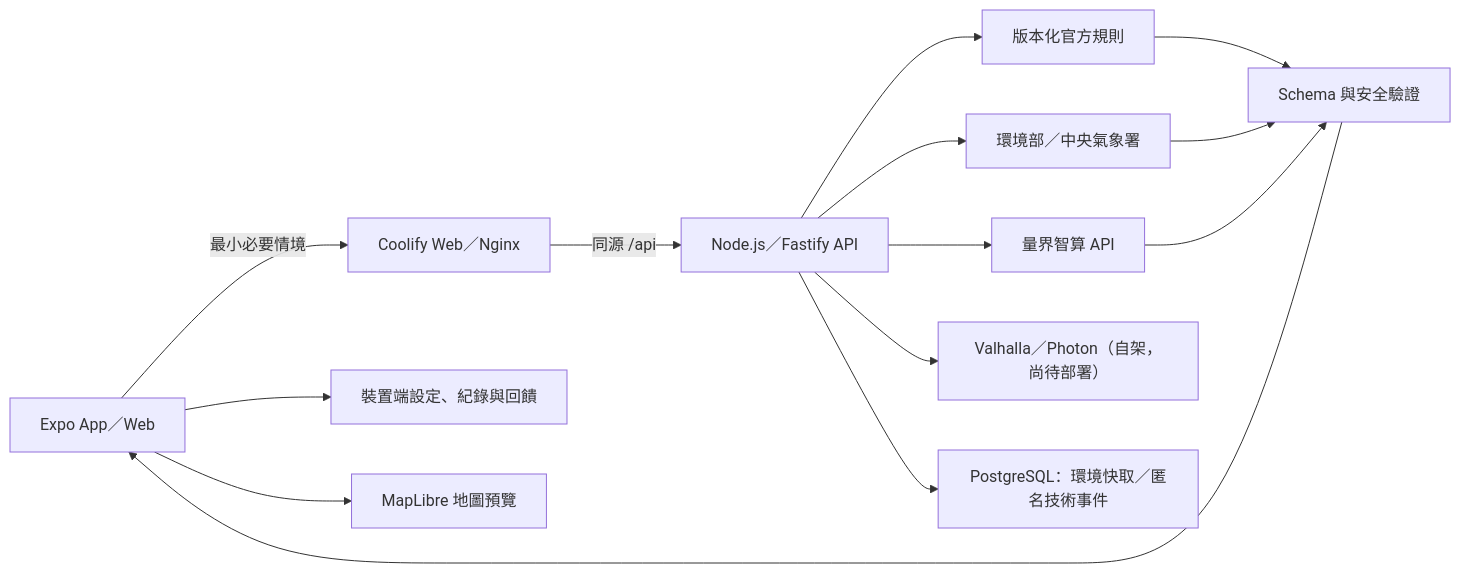
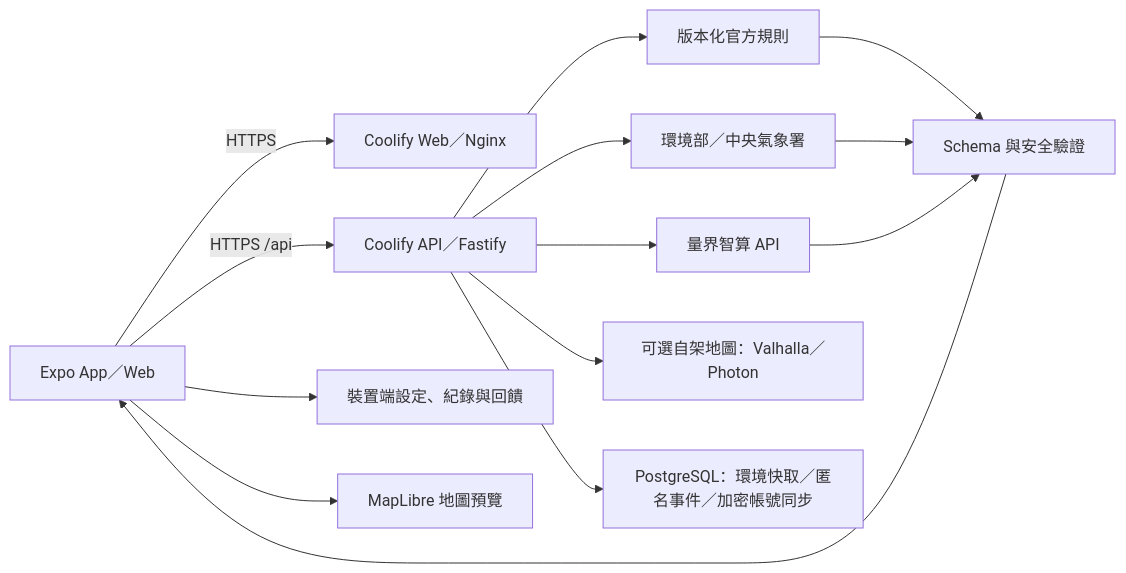
One commit to Sutdents-Project-Hub/AirMe changed the diagram in README.md. Above: the diagram before and after it, drawn with Mermaid. The commit also changed other lines of this file and 89 other files, not shown here.

````diff
--- a/README.md
+++ b/README.md
@@ -53,16 +55,16 @@
 ```mermaid
 flowchart LR
-  U["Expo App／Web"] -->|"最小必要情境"| W["Coolify Web／Nginx"]
-  W -->|"同源 /api"| F["Node.js／Fastify API"]
+  U["Expo App／Web"] -->|"HTTPS"| W["Coolify Web／Nginx"]
+  U -->|"HTTPS /api"| F["Coolify API／Fastify"]
   F --> R["版本化官方規則"]
   F --> E["環境部／中央氣象署"]
   F --> A["量界智算 API"]
-  F --> M["Valhalla／Photon（自架，尚待部署）"]
-  F --> P["PostgreSQL：環境快取／匿名技術事件"]
+  F --> M["可選自架地圖：Valhalla／Photon"]
+  F --> P["PostgreSQL：環境快取／匿名事件／加密帳號同步"]
   R --> V["Schema 與安全驗證"]
   E --> V
   A --> V
   V --> U
   U --> L["裝置端設定、紀錄與回饋"]
   U --> G["MapLibre 地圖預覽"]
 ```
````
